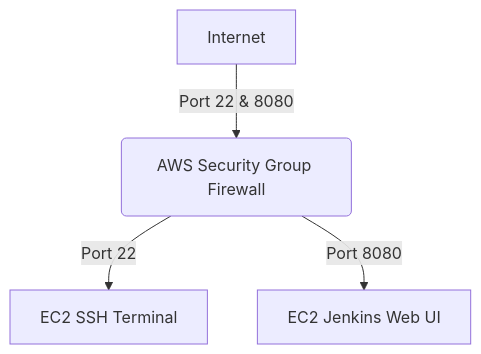
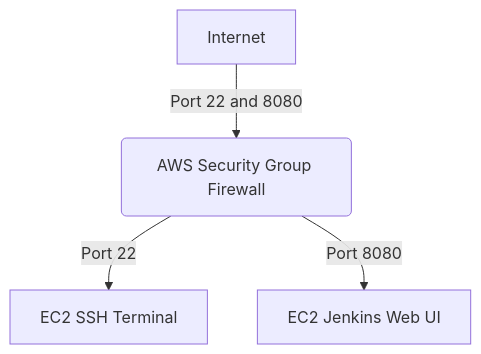
Before and after one commit to SIVAGORAM/devops-zero-to-hero: the fifth of 5 diagrams in 07-Jenkins/Day-01-Introduction-and-Installation/Day-01-Introduction-and-Installation.md, drawn with Mermaid. The commit also changed other lines of this file and 1 other file, not shown here.

Commit message:
docs: add educational guides for CI/CD fundamentals and Jenkins AWS installation procedures

````diff
--- a/07-Jenkins/Day-01-Introduction-and-Installation/Day-01-Introduction-and-Installation.md
+++ b/07-Jenkins/Day-01-Introduction-and-Installation/Day-01-Introduction-and-Installation.md
@@ -203,6 +203,6 @@
 ```mermaid
 graph TD
-    A[Internet] -->|Port 22 & 8080| B(AWS Security Group Firewall)
-    B -->|Port 22| C[EC2 SSH Terminal]
-    B -->|Port 8080| D[EC2 Jenkins Web UI]
+    A["Internet"] -->|"Port 22 and 8080"| B("AWS Security Group Firewall")
+    B -->|"Port 22"| C["EC2 SSH Terminal"]
+    B -->|"Port 8080"| D["EC2 Jenkins Web UI"]
 ```
````
